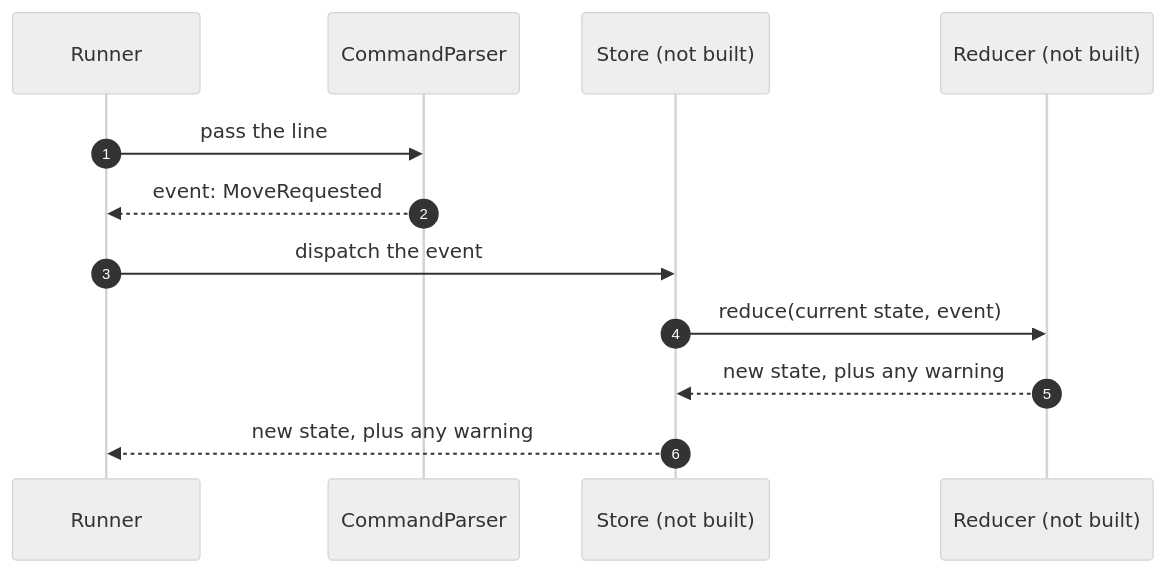
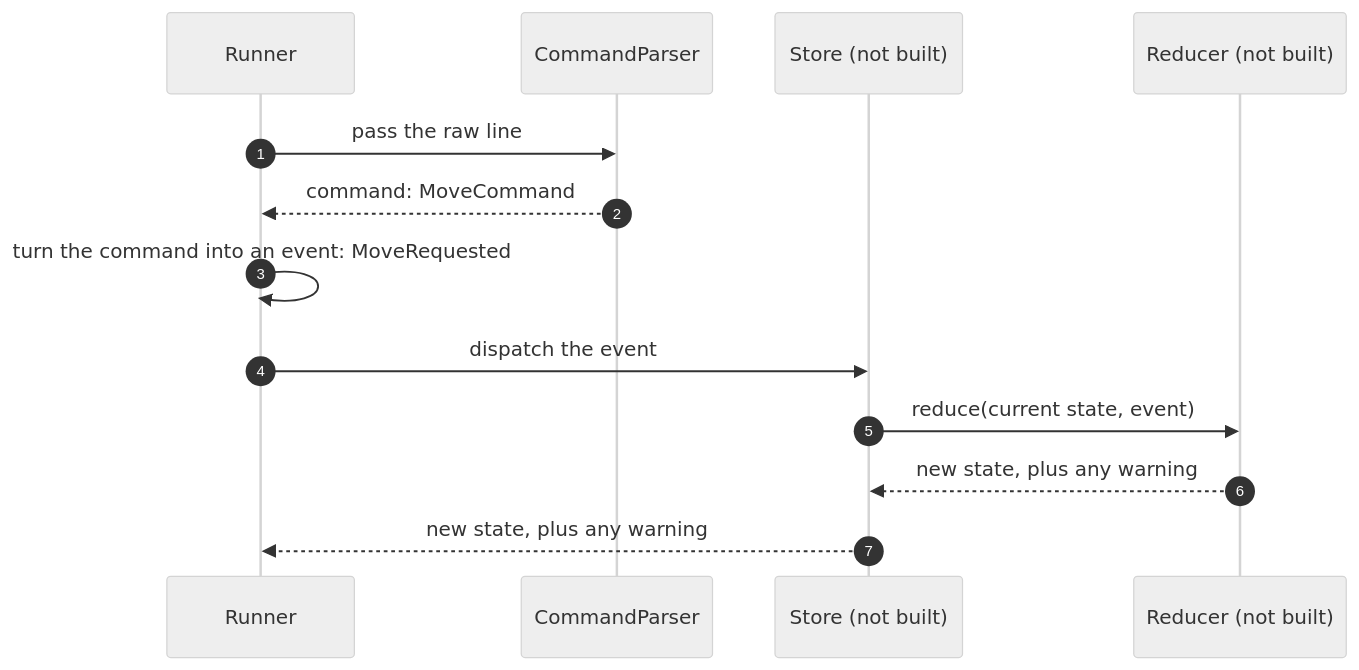
One commit to hetal-patel78/toy-robot-spec-driven changed the diagram in docs/solution-design/08-alternative-solutions/03-event-based-reducer.md. Above: the diagram before and after it, drawn with Mermaid (neutral theme). The commit also changed other lines of this file and 3 other files, not shown here.

Commit message:
Page 8.3: the CommandParser returns a command, turned into an event for the store; review log R15-R17 and issues found while testing by hand; prompt log P170-P172; report row

````diff
--- a/docs/solution-design/08-alternative-solutions/03-event-based-reducer.md
+++ b/docs/solution-design/08-alternative-solutions/03-event-based-reducer.md
@@ -13,14 +13,15 @@
 ```mermaid
 sequenceDiagram
     autonumber
     participant R as Runner
     participant P as CommandParser
     participant S as Store (not built)
     participant F as Reducer (not built)
-    R->>P: pass the line
-    P-->>R: event: MoveRequested
+    R->>P: pass the raw line
+    P-->>R: command: MoveCommand
+    R->>R: turn the command into an event: MoveRequested
     R->>S: dispatch the event
     S->>F: reduce(current state, event)
     F-->>S: new state, plus any warning
     S-->>R: new state, plus any warning
 ```
````
